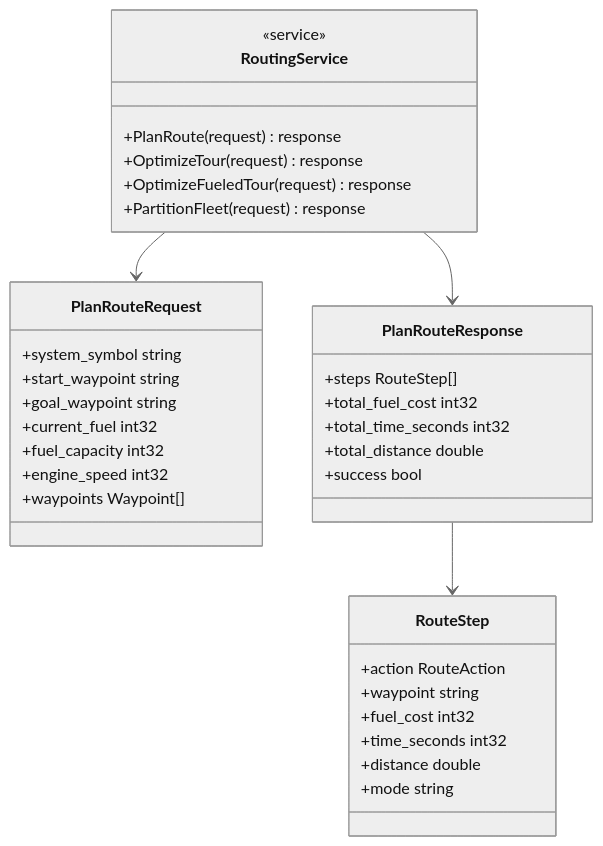
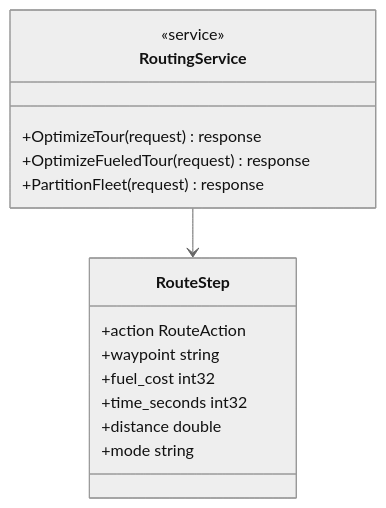
One commit to acdtunes/spacetraders changed diagram 17 of 23 in gobot/docs/ARCHITECTURE.md. Above: the diagram before and after it, drawn with Mermaid (neutral theme). The commit also changed other lines of this file and 20 other files, not shown here.

Commit message:
feat(routing): plan routes in-process and retire the PlanRoute RPC (sp-wwlhb)

````diff
--- a/gobot/docs/ARCHITECTURE.md
+++ b/gobot/docs/ARCHITECTURE.md
@@ -807,41 +814,20 @@
 ```mermaid
 classDiagram
     class RoutingService {
         <<service>>
-        +PlanRoute(request) response
         +OptimizeTour(request) response
         +OptimizeFueledTour(request) response
         +PartitionFleet(request) response
-    }
-
-    class PlanRouteRequest {
-        +system_symbol string
-        +start_waypoint string
-        +goal_waypoint string
-        +current_fuel int32
-        +fuel_capacity int32
-        +engine_speed int32
-        +waypoints Waypoint[]
-    }
-
-    class PlanRouteResponse {
-        +steps RouteStep[]
-        +total_fuel_cost int32
-        +total_time_seconds int32
-        +total_distance double
-        +success bool
     }
 
     class RouteStep {
         +action RouteAction
         +waypoint string
         +fuel_cost int32
         +time_seconds int32
         +distance double
         +mode string
     }
 
-    RoutingService --> PlanRouteRequest
-    RoutingService --> PlanRouteResponse
-    PlanRouteResponse --> RouteStep
+    RoutingService --> RouteStep
 ```
````
